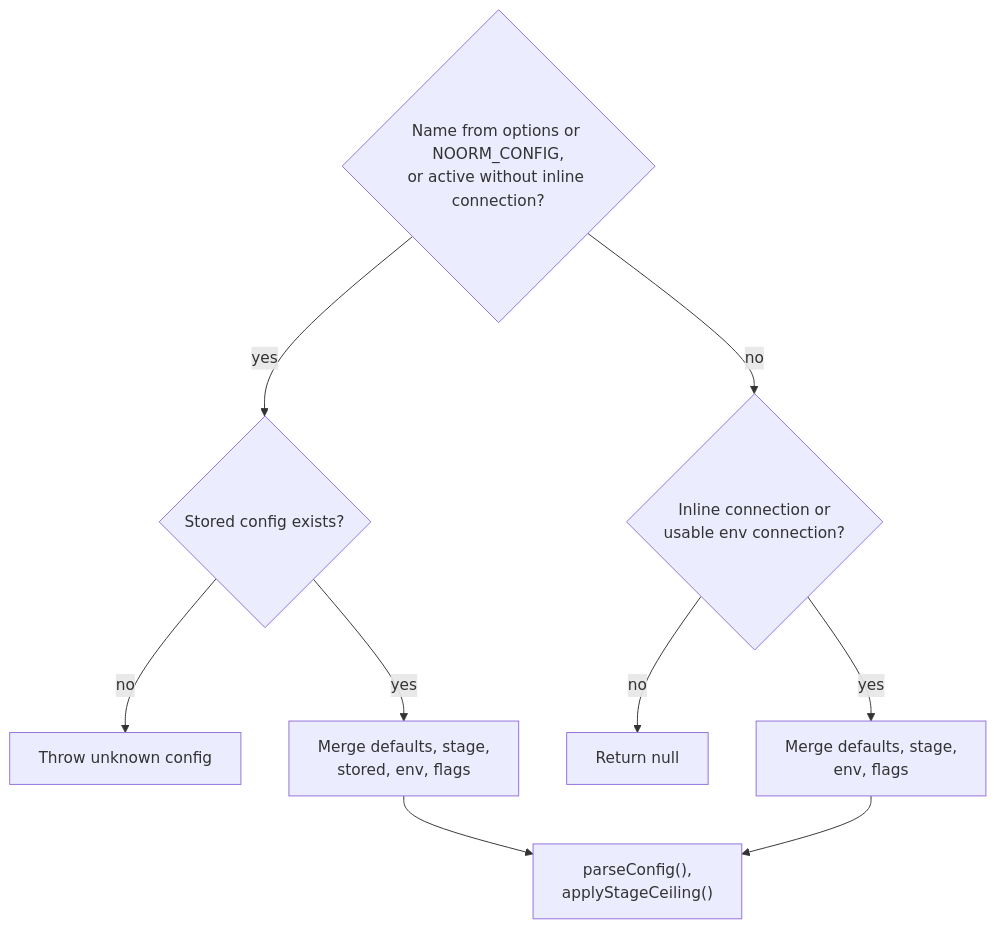
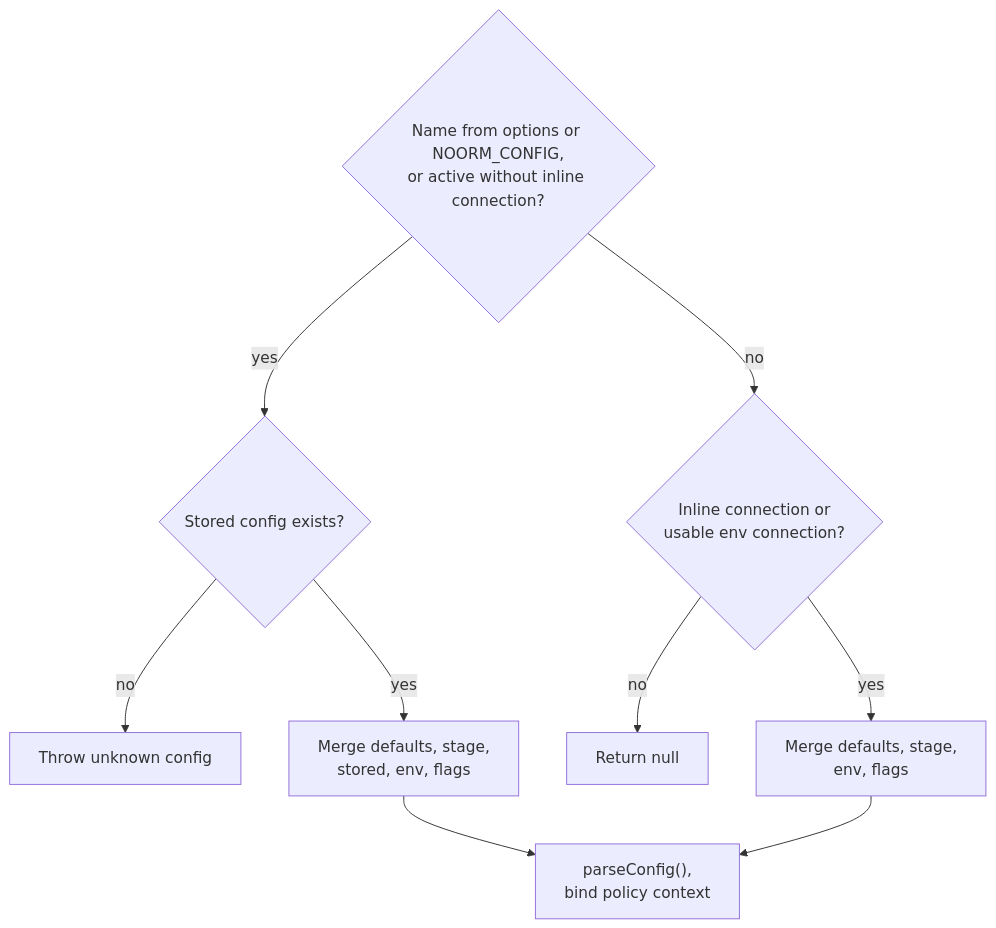
Before and after one commit to noormdev/noorm: the diagram in docs/dev/config.md, drawn with Mermaid. The commit also changed other lines of this file and 349 other files, not shown here.

````diff
--- a/docs/dev/config.md
+++ b/docs/dev/config.md
@@ -174,13 +174,13 @@
 ```mermaid
 flowchart TD
     %% source: src/core/config/resolver.ts
     N{"Name from options or NOORM_CONFIG,<br/>or active without inline connection?"}
     N -->|yes| S{"Stored config exists?"}
     S -->|no| X["Throw unknown config"]
     S -->|yes| M["Merge defaults, stage,<br/>stored, env, flags"]
     N -->|no| I{"Inline connection or<br/>usable env connection?"}
     I -->|no| R["Return null"]
     I -->|yes| E["Merge defaults, stage,<br/>env, flags"]
-    M --> V["parseConfig(),<br/>applyStageCeiling()"]
+    M --> V["parseConfig(),<br/>bind policy context"]
     E --> V
 ```
````
